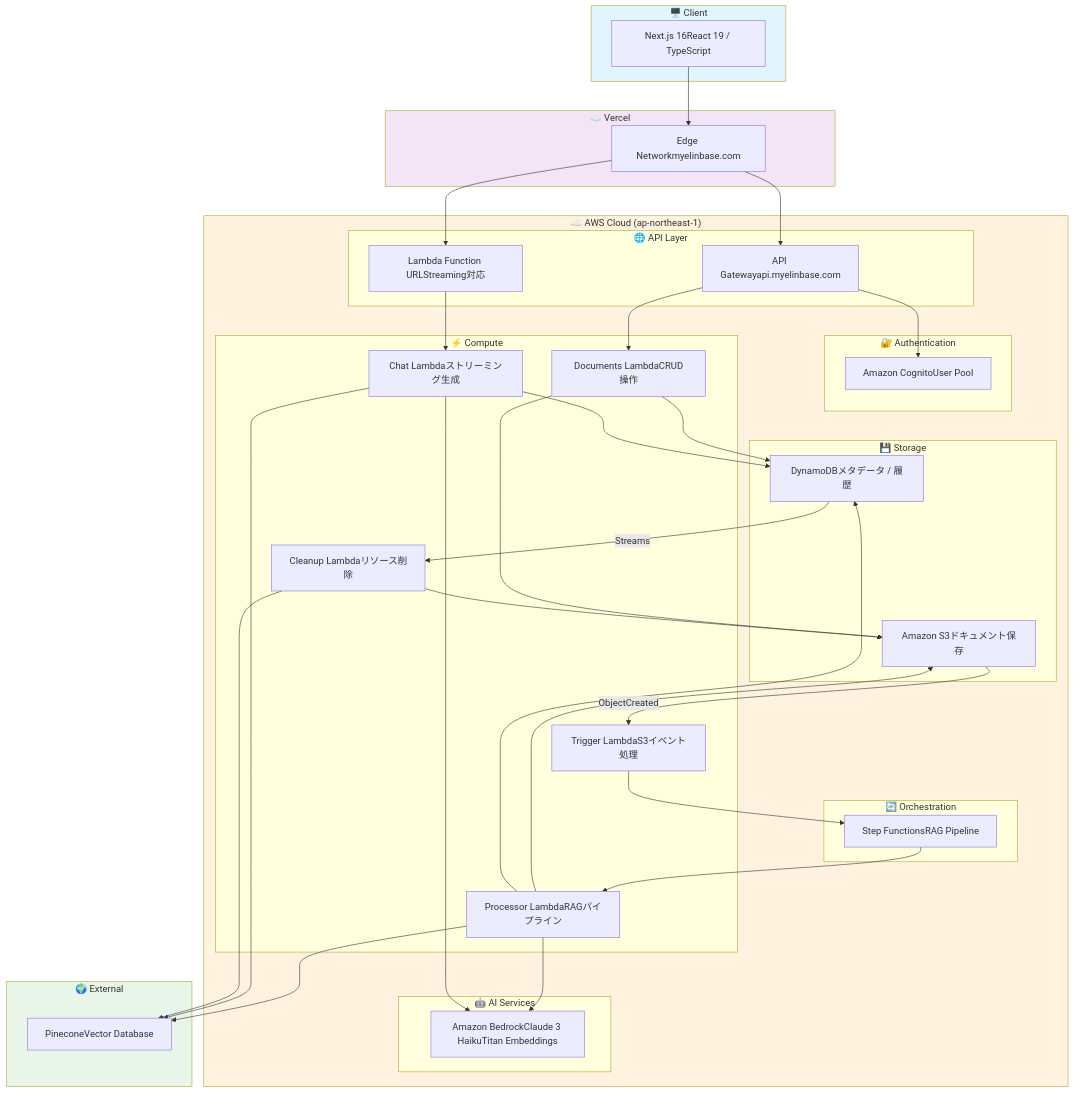
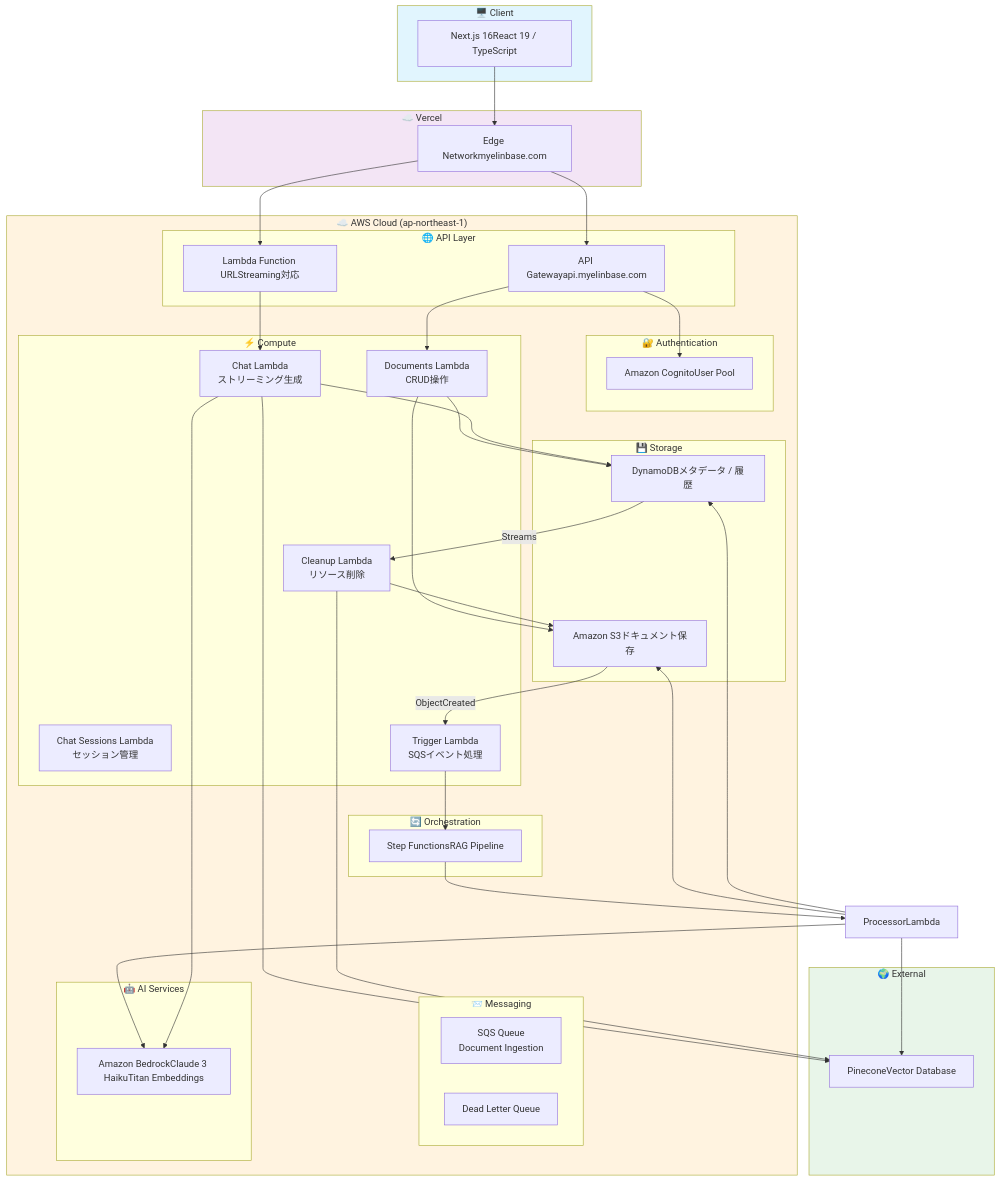
Before and after one commit to r-serori/myelinbase-backend: the first of 3 diagrams in README.md, drawn with Mermaid. The commit also changed other lines of this file and 1 other file, not shown here.

```diff
--- a/README.md
+++ b/README.md
@@ -43,11 +43,16 @@
         end
 
         subgraph Compute["⚡ Compute"]
-            DocLambda["Documents LambdaCRUD操作"]
-            ChatLambda["Chat Lambdaストリーミング生成"]
-            TriggerLambda["Trigger LambdaS3イベント処理"]
-            ProcessorLambda["Processor LambdaRAGパイプライン"]
-            CleanupLambda["Cleanup Lambdaリソース削除"]
+            DocLambda["Documents Lambda<br/>CRUD操作"]
+            ChatLambda["Chat Lambda<br/>ストリーミング生成"]
+            ChatSessionsLambda["Chat Sessions Lambda<br/>セッション管理"]
+            TriggerLambda["Trigger Lambda<br/>SQSイベント処理"]
+            CleanupLambda["Cleanup Lambda<br/>リソース削除"]
+        end
+
+        subgraph Messaging["📨 Messaging"]
+            SQS["SQS Queue<br/>Document Ingestion"]
+            DLQ["Dead Letter Queue"]
         end
 
         subgraph Orchestration["🔄 Orchestration"]
```
